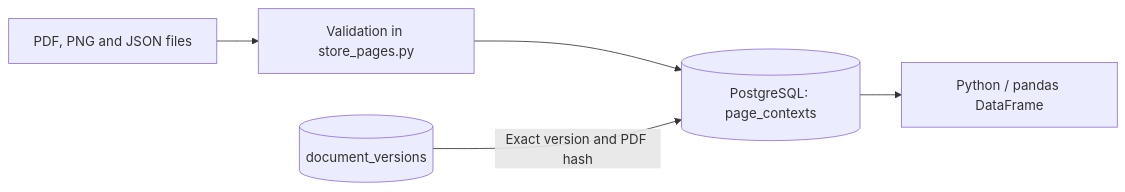
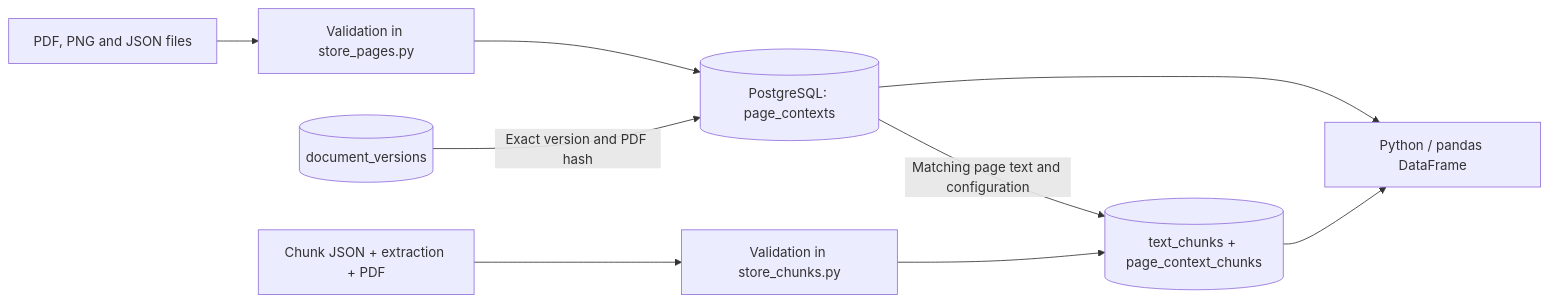
Before and after one commit to tubakadriye/search4cure-diabetes-multi-agent-system: the second of 2 diagrams in README.md, drawn with Mermaid. The commit also changed other lines of this file and 8 other files, not shown here.

Commit message:
Store text chunks with page-context links

````diff
--- a/README.md
+++ b/README.md
@@ -314,7 +362,11 @@
 ```mermaid
 flowchart LR
     A["PDF, PNG and JSON files"] --> B["Validation in store_pages.py"]
     B --> C[("PostgreSQL: page_contexts")]
     D[("document_versions")] -->|"Exact version and PDF hash"| C
     C --> E["Python / pandas DataFrame"]
+    F["Chunk JSON + extraction + PDF"] --> G["Validation in store_chunks.py"]
+    G --> H[("text_chunks + page_context_chunks")]
+    C -->|"Matching page text and configuration"| H
+    H --> E
 ```
````
